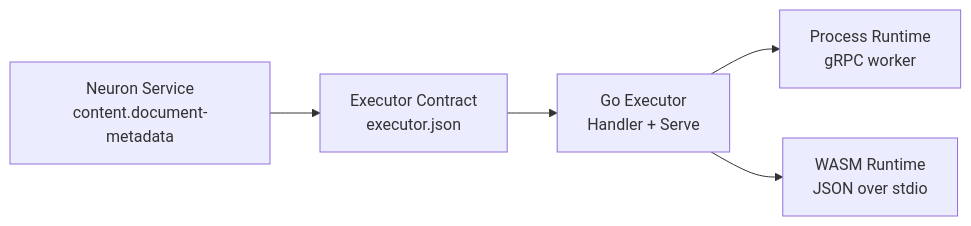
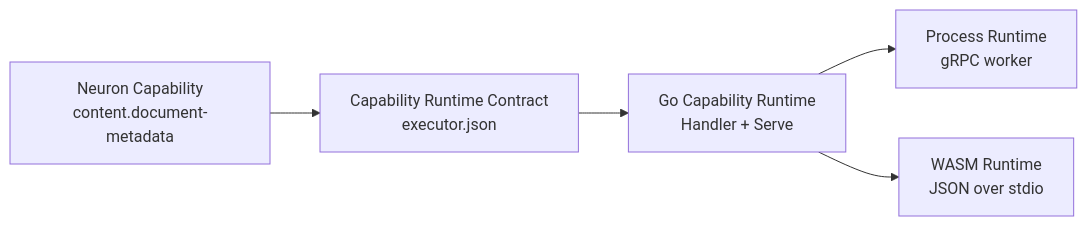
Before and after one commit to neuron-runtime/neuron: the first of 2 diagrams in packages/executor-sdks/golang/README.md, drawn with Mermaid. The commit also changed other lines of this file and 119 other files, not shown here.

````diff
--- a/packages/executor-sdks/golang/README.md
+++ b/packages/executor-sdks/golang/README.md
@@ -7,7 +7,7 @@
 ```mermaid
 flowchart LR
-    S[Neuron Service<br/>content.document-metadata] --> C[Executor Contract<br/>executor.json]
-    C --> G[Go Executor<br/>Handler + Serve]
+    S[Neuron Capability<br/>content.document-metadata] --> C[Capability Runtime Contract<br/>executor.json]
+    C --> G[Go Capability Runtime<br/>Handler + Serve]
     G --> P[Process Runtime<br/>gRPC worker]
     G --> W[WASM Runtime<br/>JSON over stdio]
 ```
````
